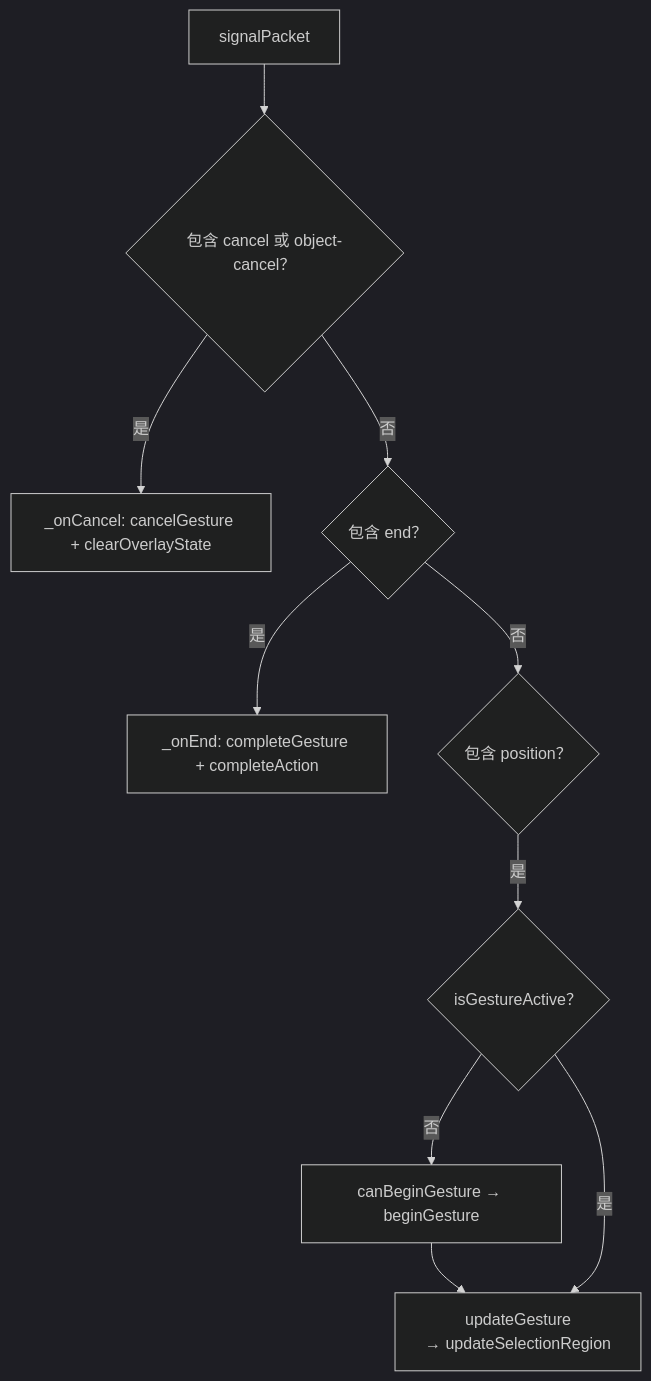
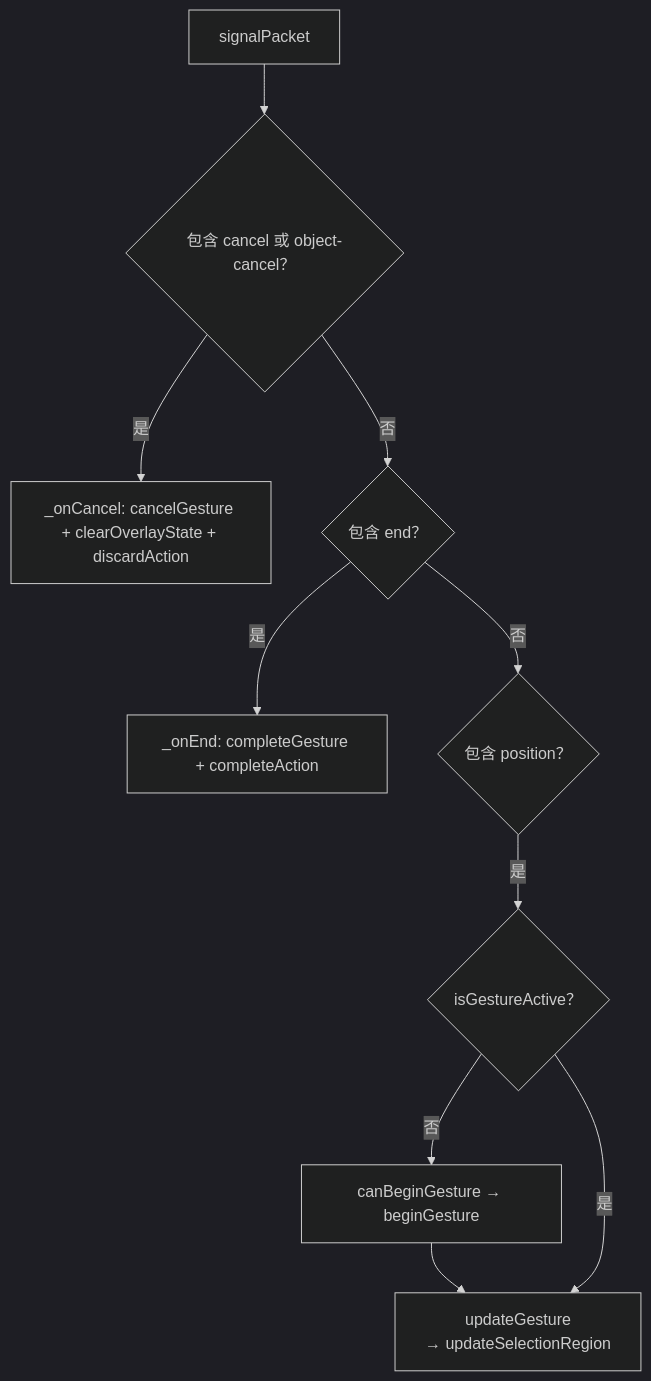
The first of 3 diagrams in src/core/tools/chooser/docs/object-chooser-document.md (Frank-Steven/HoundWhiteboard), drawn with Mermaid (dark theme) before and after one commit. The commit also changed 2 other files, not shown here.

Commit message:
fix(chooser): 修复对象选择工具接收到 cancel 信号时无法取消选择的问题

````diff
--- a/src/core/tools/chooser/docs/object-chooser-document.md
+++ b/src/core/tools/chooser/docs/object-chooser-document.md
@@ -33,12 +33,12 @@
 ```mermaid
 flowchart TD
     S[signalPacket] --> Cancel{包含 cancel 或 object-cancel？}
-    Cancel -->|是| CC[_onCancel: cancelGesture + clearOverlayState]
+    Cancel -->|是| CC[_onCancel: cancelGesture + clearOverlayState + discardAction]
     Cancel -->|否| End{包含 end？}
     End -->|是| EE[_onEnd: completeGesture + completeAction]
     End -->|否| Pos{包含 position？}
     Pos -->|是| isActive{isGestureActive？}
     isActive -->|否| begin[canBeginGesture → beginGesture]
     begin --> update[updateGesture<br/>→ updateSelectionRegion]
     isActive -->|是| update
 ```
````
